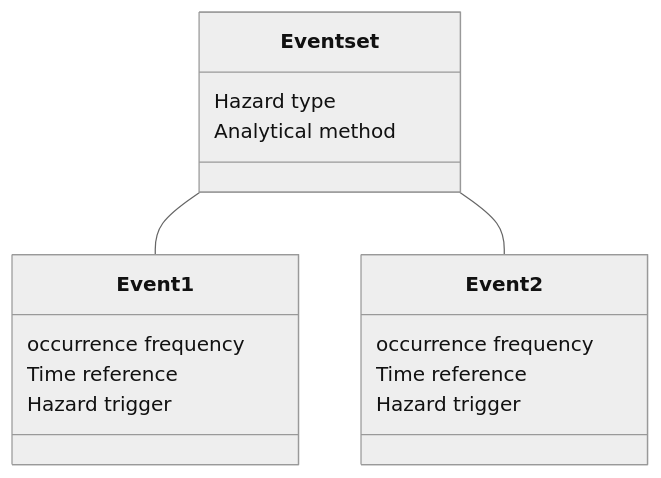
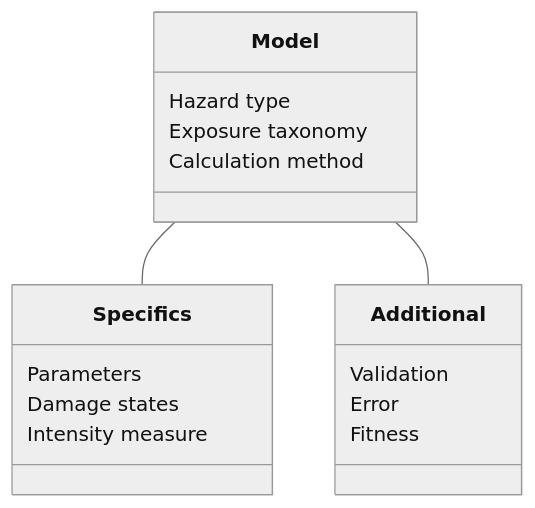
Before and after one commit to GFDRR/rdl-docs: the diagram in docs/vulnerability.md, drawn with Mermaid (neutral theme). The commit also changed other lines of this file, not shown here.

````diff
--- a/docs/vulnerability.md
+++ b/docs/vulnerability.md
@@ -6,17 +14,18 @@
 ```mermaid
 classDiagram
-    Event set -- Event1
-    Event set -- Event2
-    Event set: Hazard type
-    Event set: Analytical method
-    class Event1{
-      occurrence frequency
-      Time reference
-      Hazard trigger
+    Model -- Specifics
+    Model -- Additional
+    Model: Hazard type
+    Model: Exposure taxonomy
+    Model: Calculation method
+    class Specifics{
+      Parameters
+      Damage states
+      Intensity measure
     }
-    class Event2{
-      occurrence frequency
-      Time reference
-      Hazard trigger
+    class Additional{
+      Validation
+      Error
+      Fitness
     }
 ```
````
